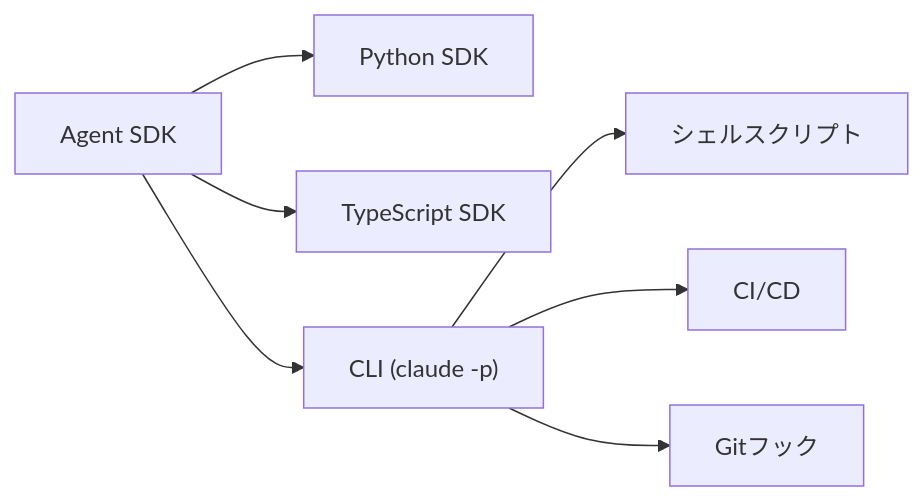
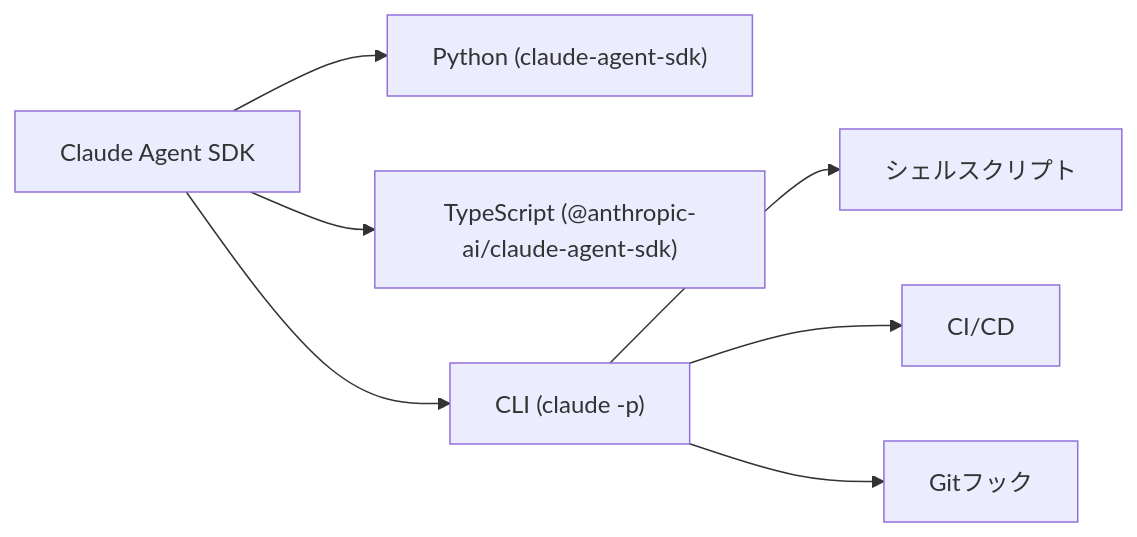
One commit to takish/zenn-content changed the diagram in articles/claude-code-headless.md. Above: the diagram before and after it, drawn with Mermaid. The commit also changed other lines of this file, not shown here.

Commit message:
fix: claude-code-headless Agent SDK名称を最新に更新

````diff
--- a/articles/claude-code-headless.md
+++ b/articles/claude-code-headless.md
@@ -67,9 +67,9 @@
 ```mermaid
 graph LR
-    A[Agent SDK] --> B[Python SDK]
-    A --> C[TypeScript SDK]
+    A[Claude Agent SDK] --> B["Python (claude-agent-sdk)"]
+    A --> C["TypeScript (@anthropic-ai/claude-agent-sdk)"]
     A --> D["CLI (claude -p)"]
     D --> E[シェルスクリプト]
     D --> F[CI/CD]
     D --> G[Gitフック]
 ```
````
